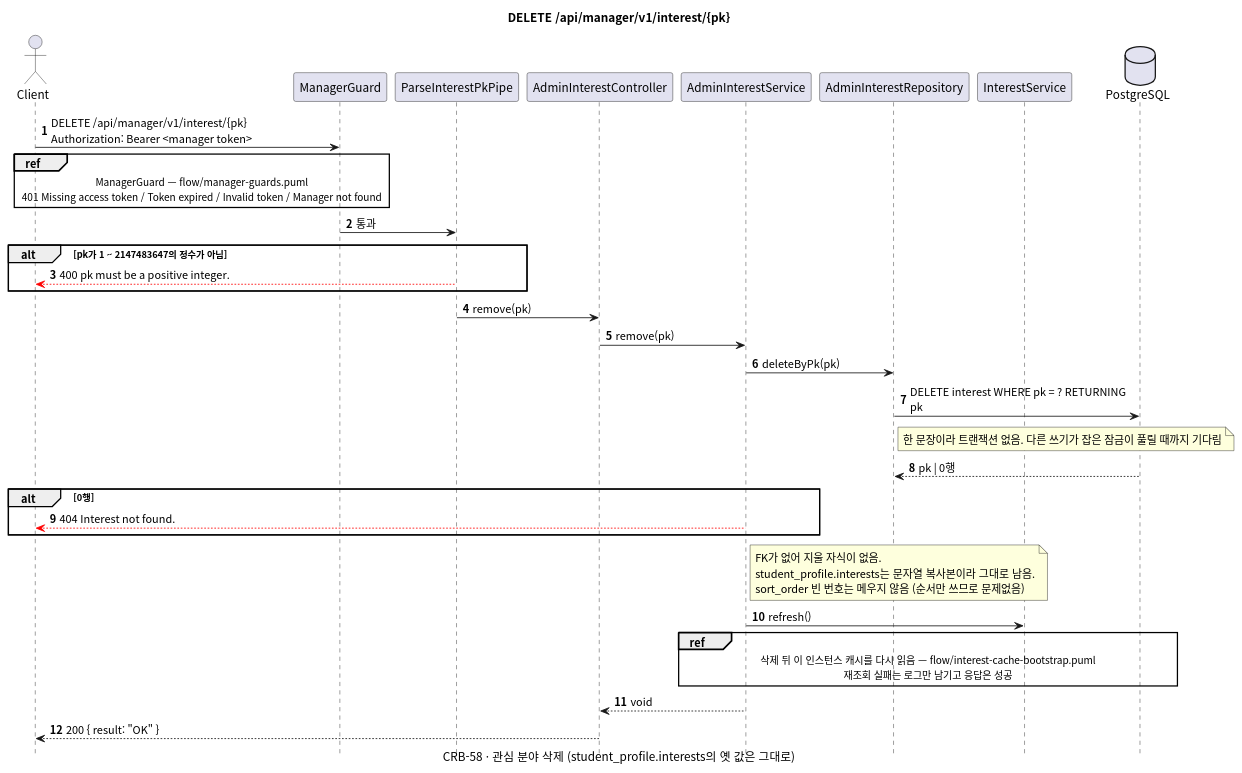
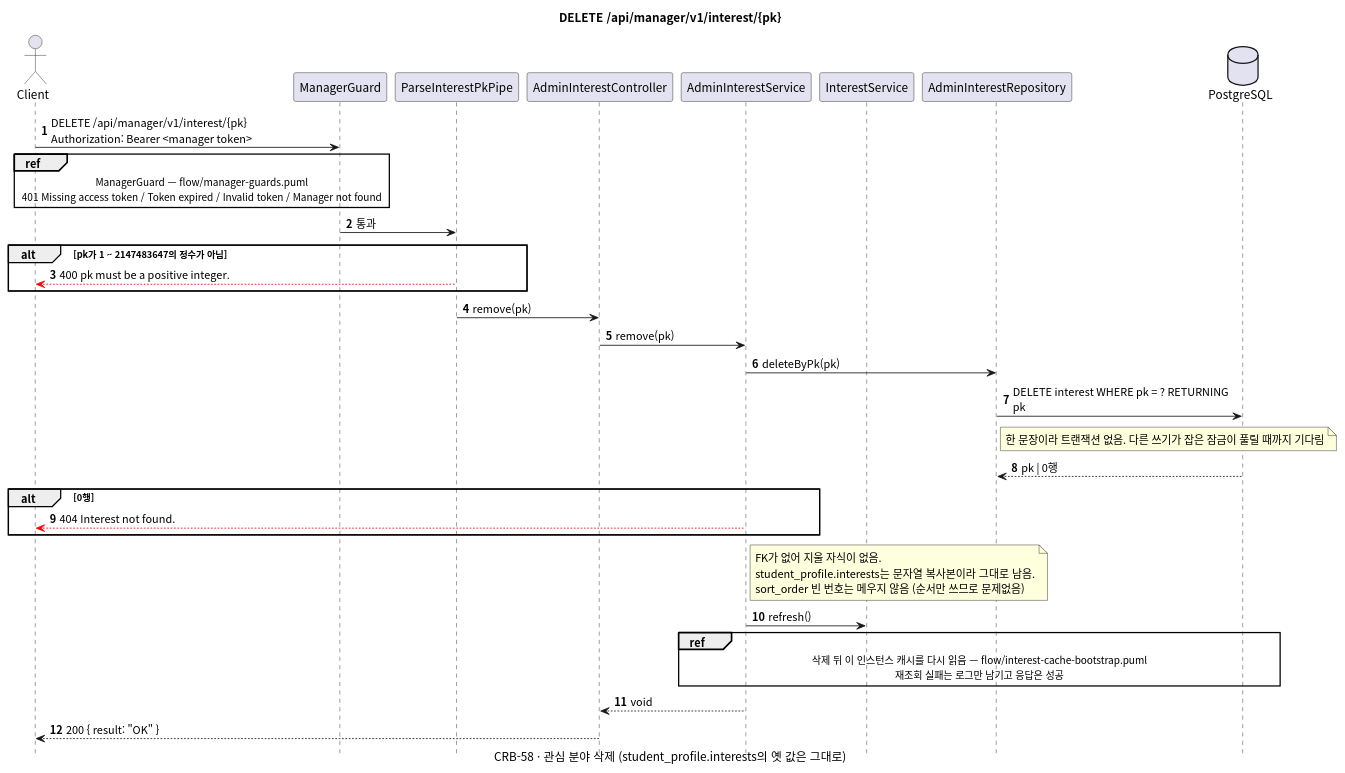
Before and after one commit to gsainfoteam/cheers-be: the diagram in docs/sequence/manager/delete-interest-pk.puml, drawn with PlantUML. The commit also changed other lines of this file and 28 other files, not shown here.

Commit message:
- docs: align sequence diagrams with code (CRB-63)

```diff
--- a/docs/sequence/manager/delete-interest-pk.puml
+++ b/docs/sequence/manager/delete-interest-pk.puml
@@ -1,48 +1,48 @@
 @startuml delete-manager-interest-pk
 skinparam defaultFontName "Apple SD Gothic Neo", "Noto Sans CJK KR", sans-serif
 skinparam responseMessageBelowArrow true
 skinparam sequenceMessageAlign left
 skinparam maxMessageSize 260
 skinparam BoxPadding 8
 skinparam shadowing false
 autonumber
 hide footbox
 
 title DELETE /api/manager/v1/interest/{pk}
 caption CRB-58 · 관심 분야 삭제 (student_profile.interests의 옛 값은 그대로)
 
 actor Client
 participant "ManagerGuard" as Guard
 participant "ParseInterestPkPipe" as Pipe
 participant "AdminInterestController" as Controller
 participant "AdminInterestService" as Service
+participant "InterestService" as InterestService
 participant "AdminInterestRepository" as AdminInterestRepository
-participant "InterestService" as InterestService
 database PostgreSQL
 
 Client -> Guard: DELETE /api/manager/v1/interest/{pk}\nAuthorization: Bearer <manager token>
 ref over Client, Guard: ManagerGuard — flow/manager-guards.puml\n401 Missing access token / Token expired / Invalid token / Manager not found
 Guard -> Pipe: 통과
 alt pk가 1 ~ 2147483647의 정수가 아님
   Pipe -[#red]-> Client: 400 pk must be a positive integer.
 end
 Pipe -> Controller: remove(pk)
 Controller -> Service: remove(pk)
 Service -> AdminInterestRepository: deleteByPk(pk)
 AdminInterestRepository -> PostgreSQL: DELETE interest WHERE pk = ? RETURNING pk
 note right of AdminInterestRepository: 한 문장이라 트랜잭션 없음. 다른 쓰기가 잡은 잠금이 풀릴 때까지 기다림
 PostgreSQL --> AdminInterestRepository: pk | 0행
 alt 0행
   Service -[#red]-> Client: 404 Interest not found.
 end
 note right of Service
   FK가 없어 지울 자식이 없음.
   student_profile.interests는 문자열 복사본이라 그대로 남음.
   sort_order 빈 번호는 메우지 않음 (순서만 쓰므로 문제없음)
 end note
 Service -> InterestService: refresh()
 ref over Service, PostgreSQL: 삭제 뒤 이 인스턴스 캐시를 다시 읽음 — flow/interest-cache-bootstrap.puml\n재조회 실패는 로그만 남기고 응답은 성공
 Service --> Controller: void
 Controller --> Client: 200 { result: "OK" }
 
 @enduml
```
